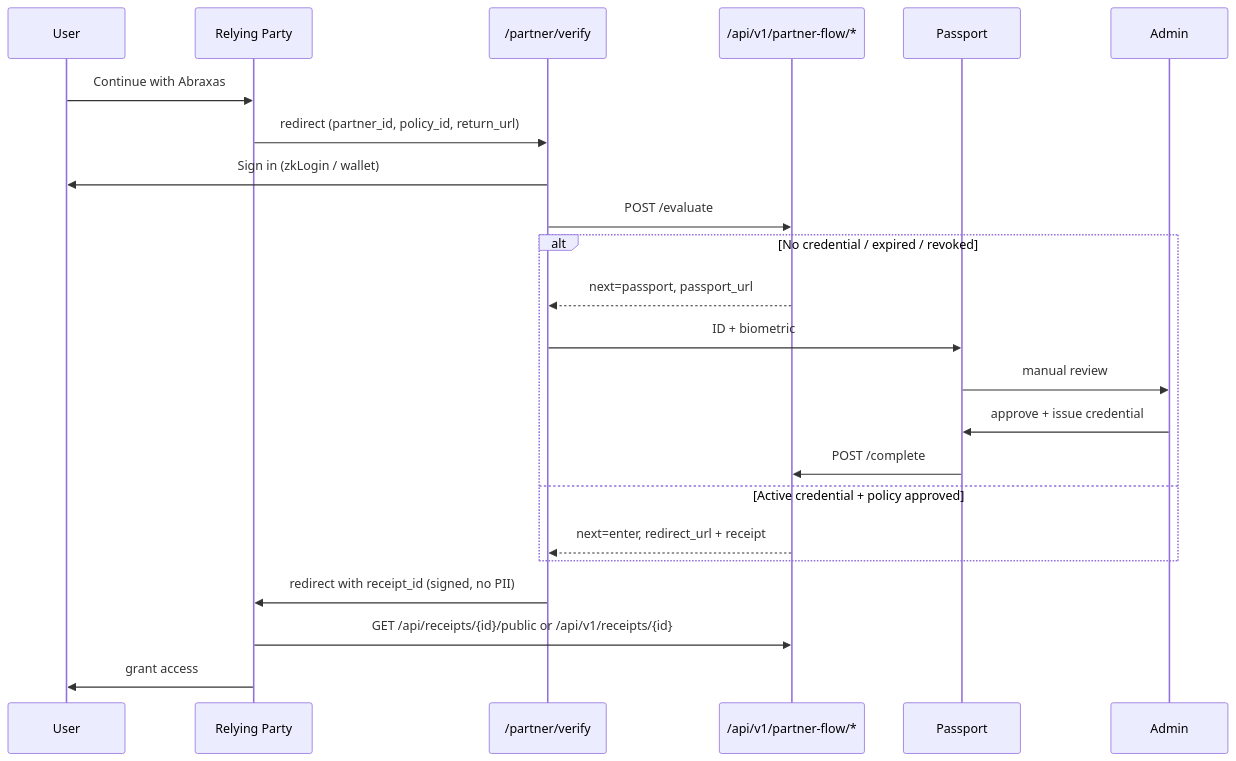
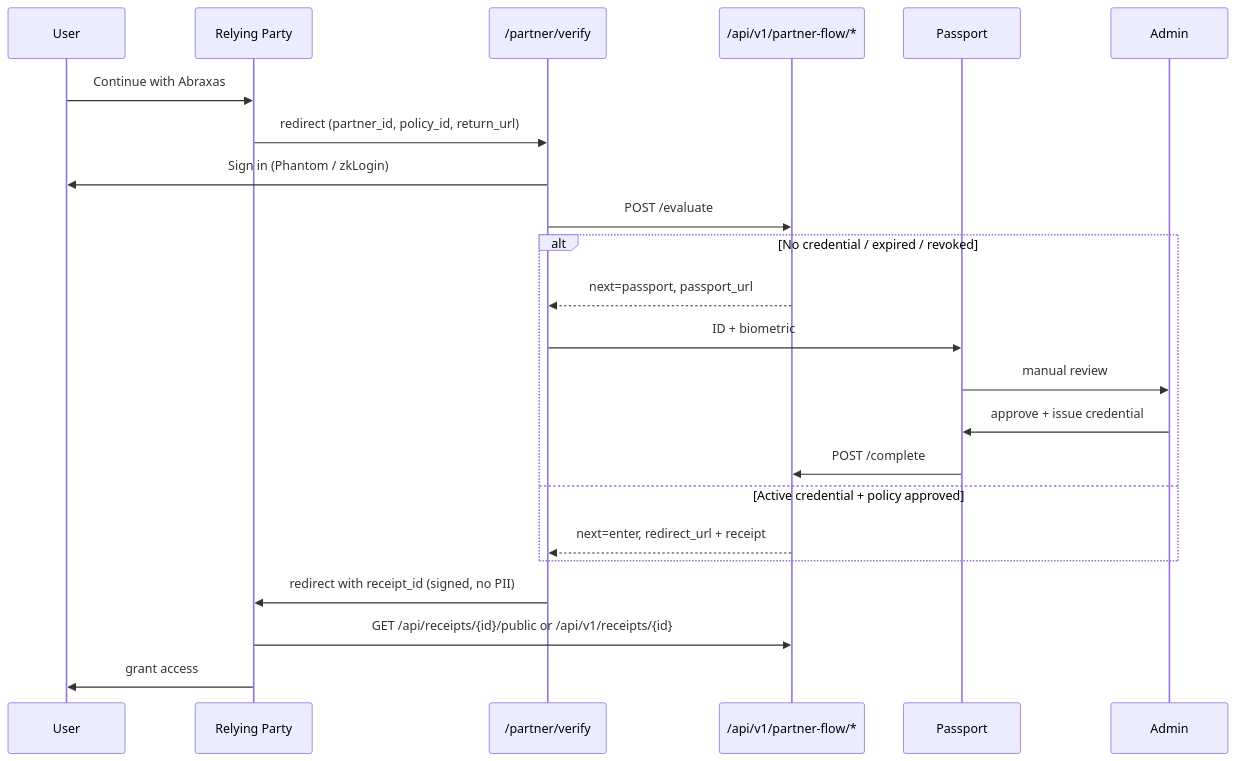
The diagram in docs/PARTNER_FLOW_INTEGRATION.md (worldlabsprotocol-ux/abraxas-app), drawn with Mermaid before and after one commit. The commit also changed other lines of this file and 22 other files, not shown here.

First line of the commit message:
feat(build-508): Solana-native hosted partner flow and receipt path

````diff
--- a/docs/PARTNER_FLOW_INTEGRATION.md
+++ b/docs/PARTNER_FLOW_INTEGRATION.md
@@ -26,28 +26,28 @@
 ```mermaid
 sequenceDiagram
   participant User
   participant Partner as Relying Party
   participant Verify as /partner/verify
   participant API as /api/v1/partner-flow/*
   participant Passport
   participant Admin
 
   User->>Partner: Continue with Abraxas
   Partner->>Verify: redirect (partner_id, policy_id, return_url)
-  Verify->>User: Sign in (zkLogin / wallet)
+  Verify->>User: Sign in (Phantom / zkLogin)
   Verify->>API: POST /evaluate
 
   alt No credential / expired / revoked
     API-->>Verify: next=passport, passport_url
     Verify->>Passport: ID + biometric
     Passport->>Admin: manual review
     Admin->>Passport: approve + issue credential
     Passport->>API: POST /complete
   else Active credential + policy approved
     API-->>Verify: next=enter, redirect_url + receipt
   end
 
   Verify->>Partner: redirect with receipt_id (signed, no PII)
   Partner->>API: GET /api/receipts/{id}/public or /api/v1/receipts/{id}
   Partner->>User: grant access
 ```
````
